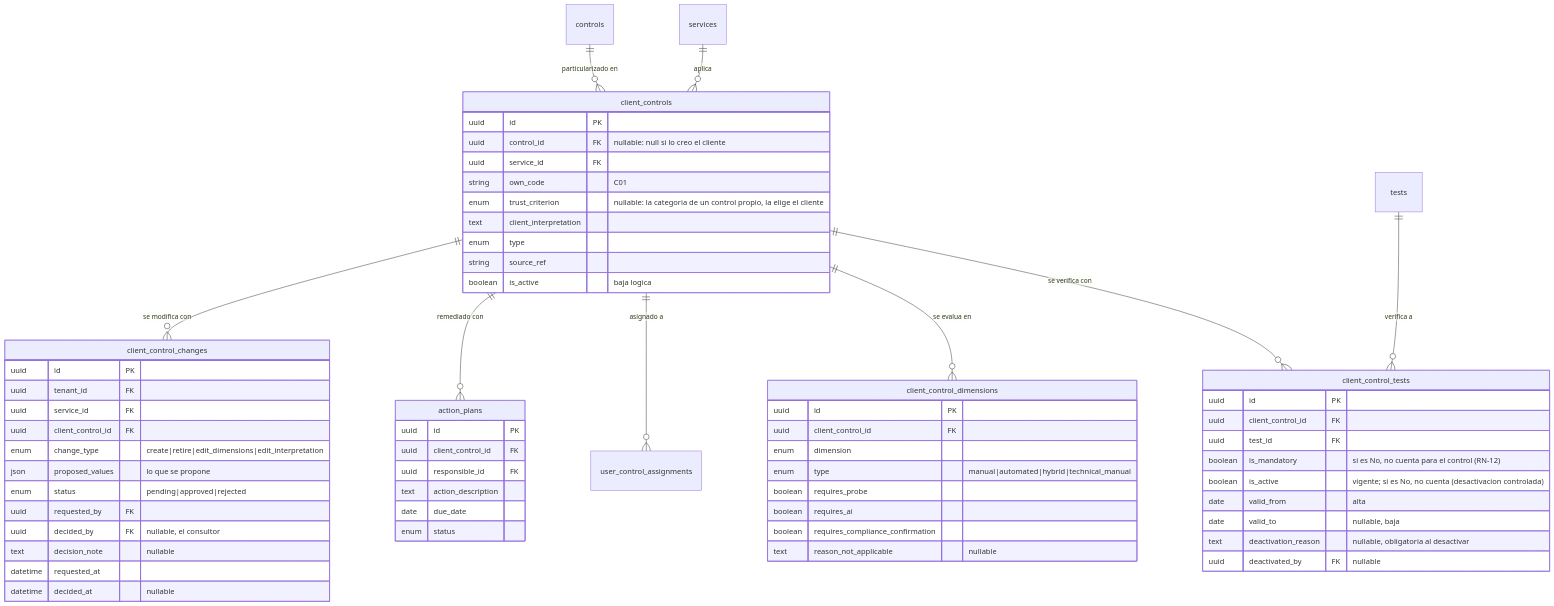
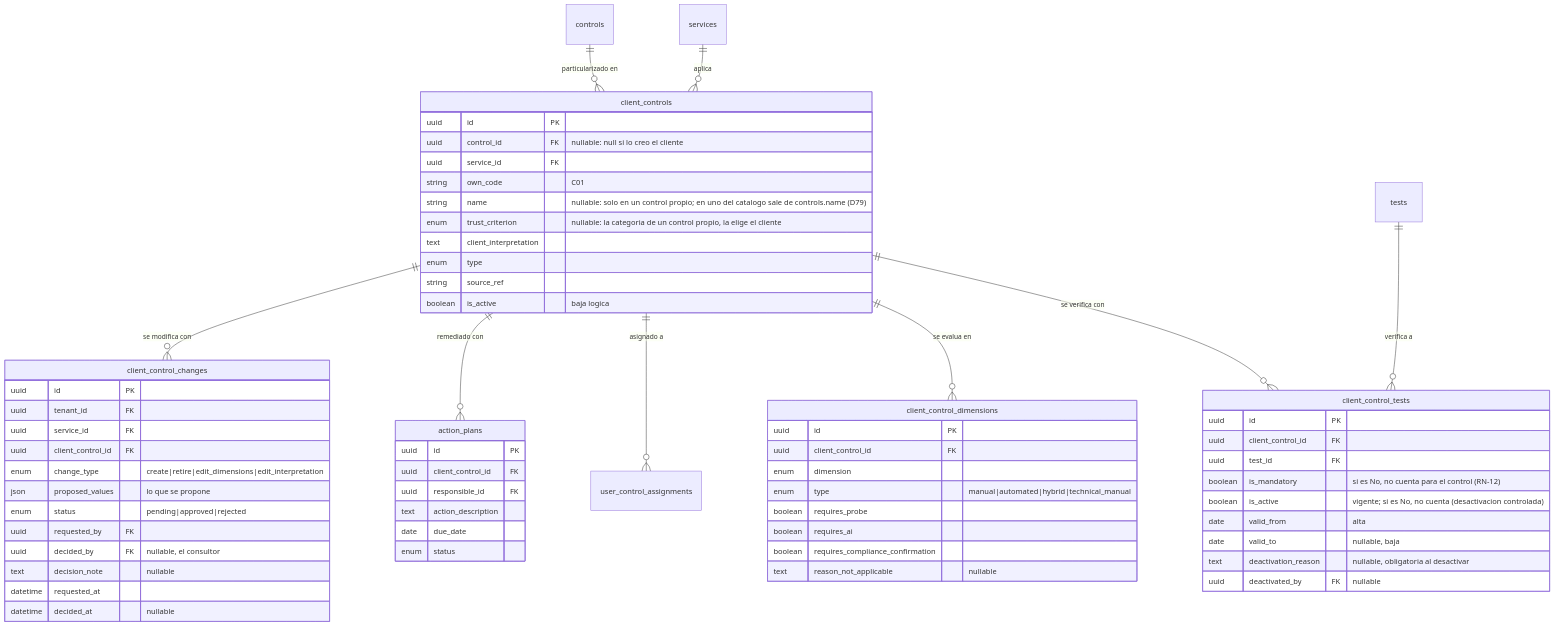
The first of 6 diagrams in skills/product/monkey-compliance-council/references/datos/modelo/07-cumplimiento.md (Monkey-GRC/Monkey-Brain-IA), drawn with Mermaid before and after one commit. The commit also changed other lines of this file and 16 other files, not shown here.

````diff
--- a/skills/product/monkey-compliance-council/references/datos/modelo/07-cumplimiento.md
+++ b/skills/product/monkey-compliance-council/references/datos/modelo/07-cumplimiento.md
@@ -21,65 +21,66 @@
 ```mermaid
 erDiagram
     client_controls {
         uuid id PK
         uuid control_id FK "nullable: null si lo creo el cliente"
         uuid service_id FK
         string own_code "C01"
+        string name "nullable: solo en un control propio; en uno del catalogo sale de controls.name (D79)"
         enum trust_criterion "nullable: la categoria de un control propio, la elige el cliente"
         text client_interpretation
         enum type
         string source_ref
         boolean is_active "baja logica"
     }
     client_control_changes {
         uuid id PK
         uuid tenant_id FK
         uuid service_id FK
         uuid client_control_id FK
         enum change_type "create|retire|edit_dimensions|edit_interpretation"
         json proposed_values "lo que se propone"
         enum status "pending|approved|rejected"
         uuid requested_by FK
         uuid decided_by FK "nullable, el consultor"
         text decision_note "nullable"
         datetime requested_at
         datetime decided_at "nullable"
     }
     client_control_dimensions {
         uuid id PK
         uuid client_control_id FK
         enum dimension
         enum type "manual|automated|hybrid|technical_manual"
         boolean requires_probe
         boolean requires_ai
         boolean requires_compliance_confirmation
         text reason_not_applicable "nullable"
     }
     client_control_tests {
         uuid id PK
         uuid client_control_id FK
         uuid test_id FK
         boolean is_mandatory "si es No, no cuenta para el control (RN-12)"
         boolean is_active "vigente; si es No, no cuenta (desactivacion controlada)"
         date valid_from "alta"
         date valid_to "nullable, baja"
         text deactivation_reason "nullable, obligatoria al desactivar"
         uuid deactivated_by FK "nullable"
     }
     action_plans {
         uuid id PK
         uuid client_control_id FK
         uuid responsible_id FK
         text action_description
         date due_date
         enum status
     }
     controls ||--o{ client_controls : "particularizado en"
     services ||--o{ client_controls : "aplica"
     client_controls ||--o{ client_control_changes : "se modifica con"
     client_controls ||--o{ action_plans : "remediado con"
     client_controls ||--o{ user_control_assignments : "asignado a"
     client_controls ||--o{ client_control_dimensions : "se evalua en"
     client_controls ||--o{ client_control_tests : "se verifica con"
     tests ||--o{ client_control_tests : "verifica a"
 ```
````
